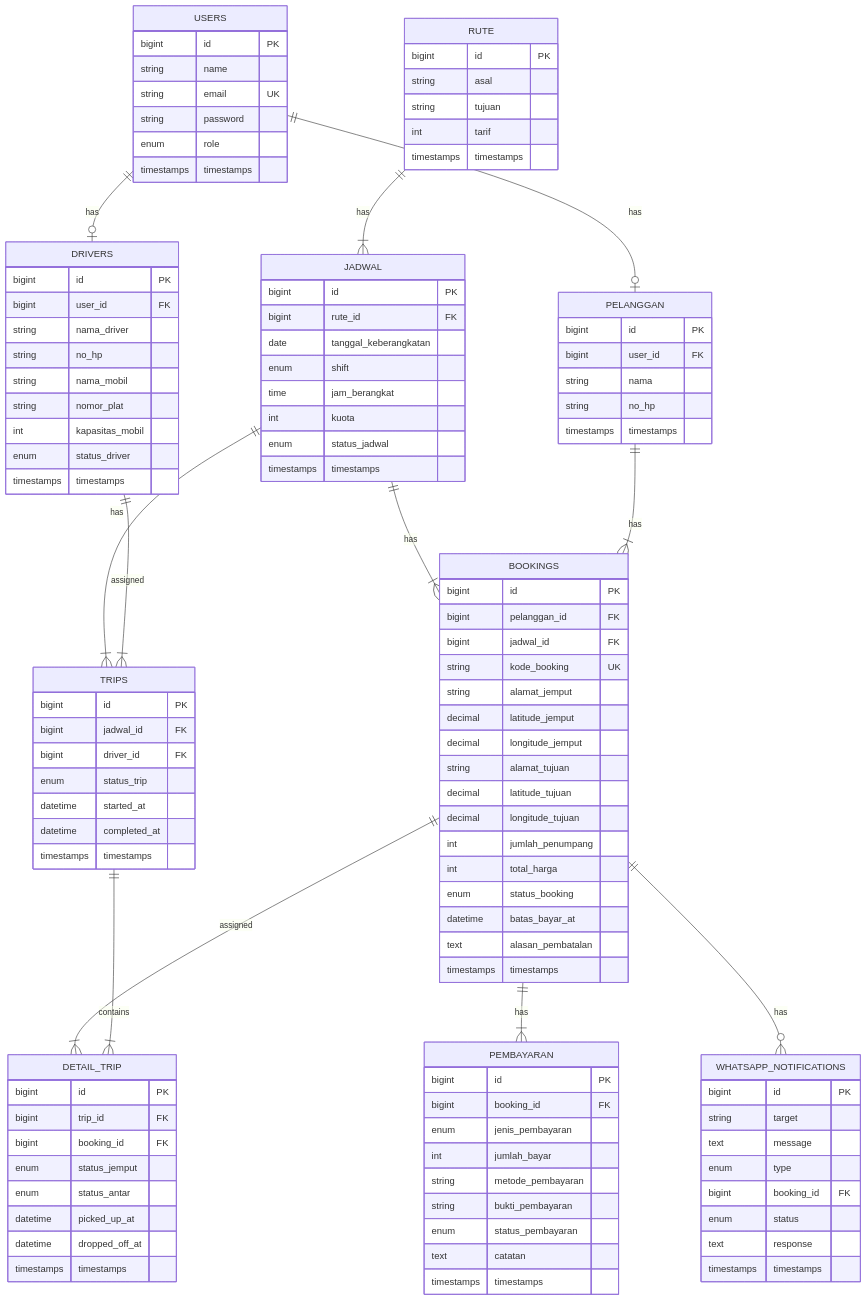
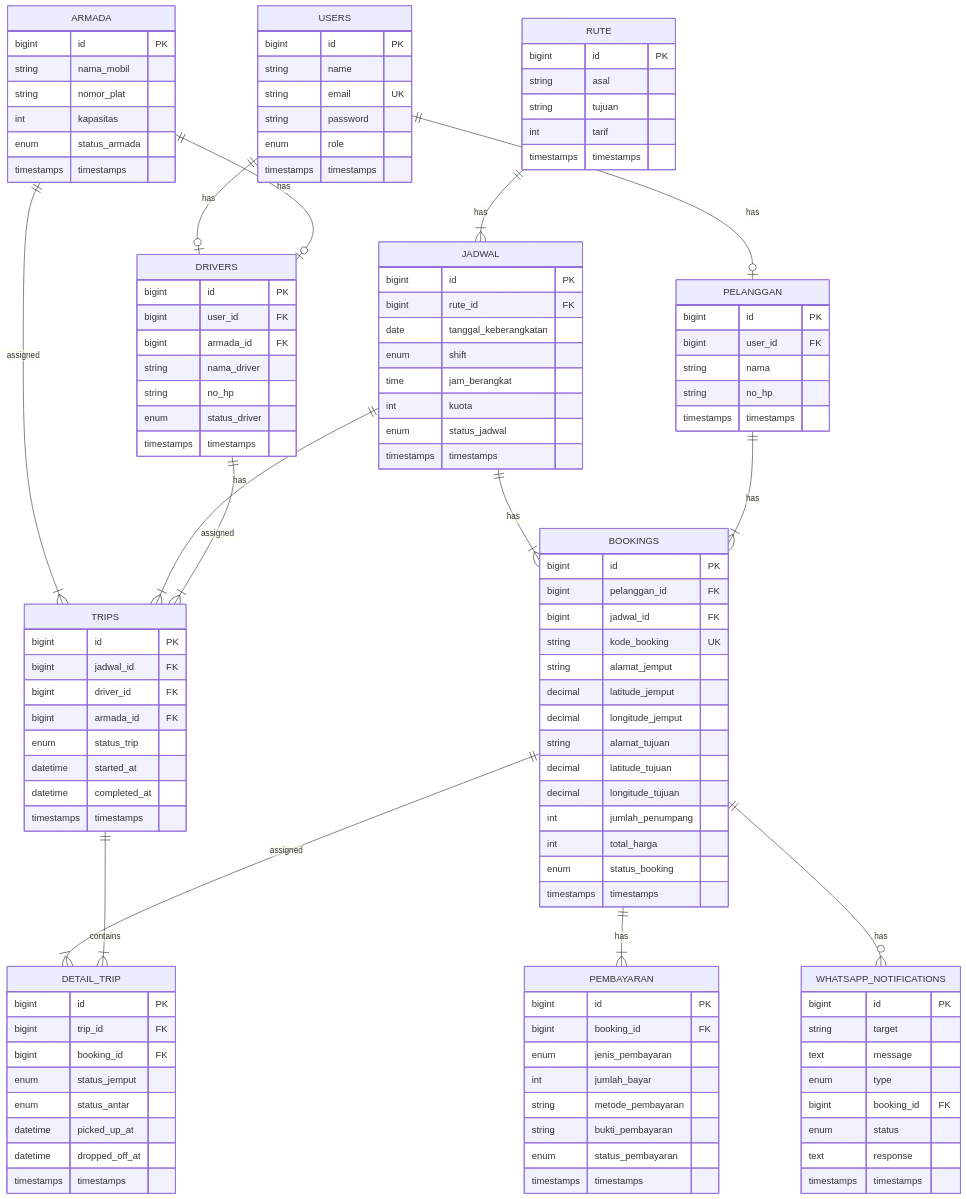
One commit to DyoTeam2B/singgalang-jaya-travel changed the diagram in context/database.md. Above: the diagram before and after it, drawn with Mermaid. The commit also changed other lines of this file and 7 other files, not shown here.

```diff
--- a/context/database.md
+++ b/context/database.md
@@ -6,6 +6,8 @@
 erDiagram
     USERS ||--o| DRIVERS : "has"
     USERS ||--o| PELANGGAN : "has"
+    ARMADA ||--o| DRIVERS : "has"
+    ARMADA ||--|{ TRIPS : "assigned"
     RUTE ||--|{ JADWAL : "has"
     JADWAL ||--|{ BOOKINGS : "has"
     JADWAL ||--|{ TRIPS : "has"
@@ -25,14 +27,21 @@
         timestamps timestamps
     }
 
+    ARMADA {
+        bigint id PK
+        string nama_mobil
+        string nomor_plat
+        int kapasitas
+        enum status_armada
+        timestamps timestamps
+    }
+
     DRIVERS {
         bigint id PK
         bigint user_id FK
+        bigint armada_id FK
         string nama_driver
         string no_hp
-        string nama_mobil
-        string nomor_plat
-        int kapasitas_mobil
         enum status_driver
         timestamps timestamps
     }
@@ -78,8 +87,6 @@
         int jumlah_penumpang
         int total_harga
         enum status_booking
-        datetime batas_bayar_at
-        text alasan_pembatalan
         timestamps timestamps
     }
 
@@ -91,7 +98,6 @@
         string metode_pembayaran
         string bukti_pembayaran
         enum status_pembayaran
-        text catatan
         timestamps timestamps
     }
 
@@ -99,6 +105,7 @@
         bigint id PK
         bigint jadwal_id FK
         bigint driver_id FK
+        bigint armada_id FK
         enum status_trip
         datetime started_at
         datetime completed_at
```
